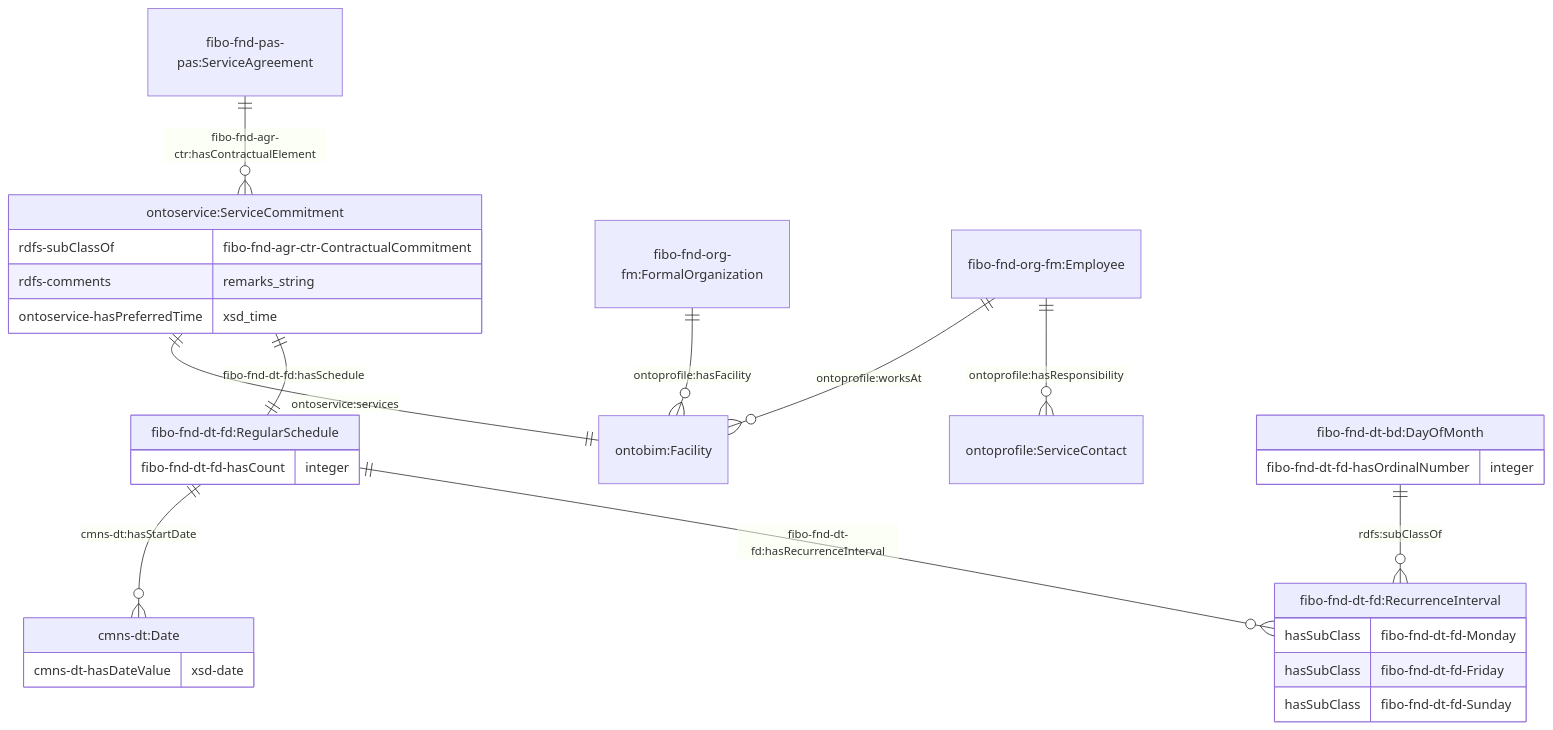
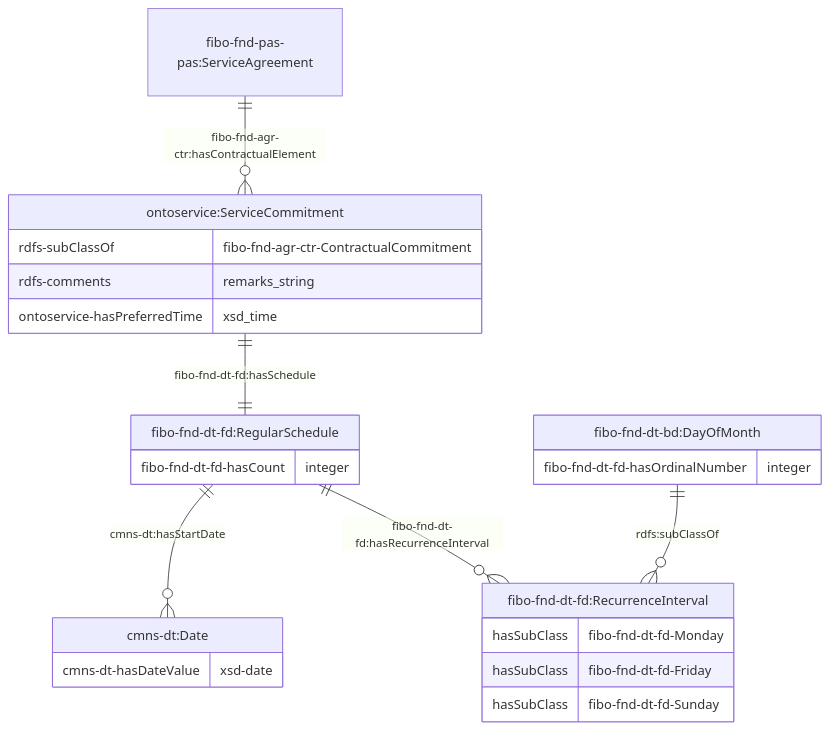
Before and after one commit to cambridge-cares/TheWorldAvatar: the third of 5 diagrams in JPS_Ontology/ontology/ontoservice/README.md, drawn with Mermaid. The commit also changed other lines of this file and 2 other files, not shown here.

Commit message:
dev_ontoservice: Update services property to target domain of Service instead of the commitment

````diff
--- a/JPS_Ontology/ontology/ontoservice/README.md
+++ b/JPS_Ontology/ontology/ontoservice/README.md
@@ -112,34 +124,30 @@
 ```mermaid
     erDiagram
     "fibo-fnd-pas-pas:ServiceAgreement" ||--o{ "ontoservice:ServiceCommitment" : "fibo-fnd-agr-ctr:hasContractualElement"
 
     "ontoservice:ServiceCommitment" {
         rdfs-subClassOf fibo-fnd-agr-ctr-ContractualCommitment
         rdfs-comments remarks_string
         ontoservice-hasPreferredTime xsd_time
     }
-    "ontoservice:ServiceCommitment" ||--|| "ontobim:Facility" : "ontoservice:services"
-    "fibo-fnd-org-fm:FormalOrganization" ||--o{ "ontobim:Facility" : "ontoprofile:hasFacility "
-    "fibo-fnd-org-fm:Employee" ||--o{ "ontobim:Facility"  : "ontoprofile:worksAt"
-    "fibo-fnd-org-fm:Employee" ||--o{ "ontoprofile:ServiceContact"  : "ontoprofile:hasResponsibility"
 
     "ontoservice:ServiceCommitment" ||--|| "fibo-fnd-dt-fd:RegularSchedule" : "fibo-fnd-dt-fd:hasSchedule"
      "fibo-fnd-dt-fd:RegularSchedule" {
         fibo-fnd-dt-fd-hasCount integer
     }
     "fibo-fnd-dt-fd:RegularSchedule" ||--o{ "cmns-dt:Date" : "cmns-dt:hasStartDate"
     "cmns-dt:Date" {
         cmns-dt-hasDateValue xsd-date
     }
 
     "fibo-fnd-dt-fd:RegularSchedule" ||--o{ "fibo-fnd-dt-fd:RecurrenceInterval" : "fibo-fnd-dt-fd:hasRecurrenceInterval"
     "fibo-fnd-dt-fd:RecurrenceInterval" {
         hasSubClass fibo-fnd-dt-fd-Monday
         hasSubClass fibo-fnd-dt-fd-Friday
         hasSubClass fibo-fnd-dt-fd-Sunday
     }
     "fibo-fnd-dt-bd:DayOfMonth" ||--o{ "fibo-fnd-dt-fd:RecurrenceInterval" : "rdfs:subClassOf"
     "fibo-fnd-dt-bd:DayOfMonth" {
         fibo-fnd-dt-fd-hasOrdinalNumber integer
     }
 ```
````
